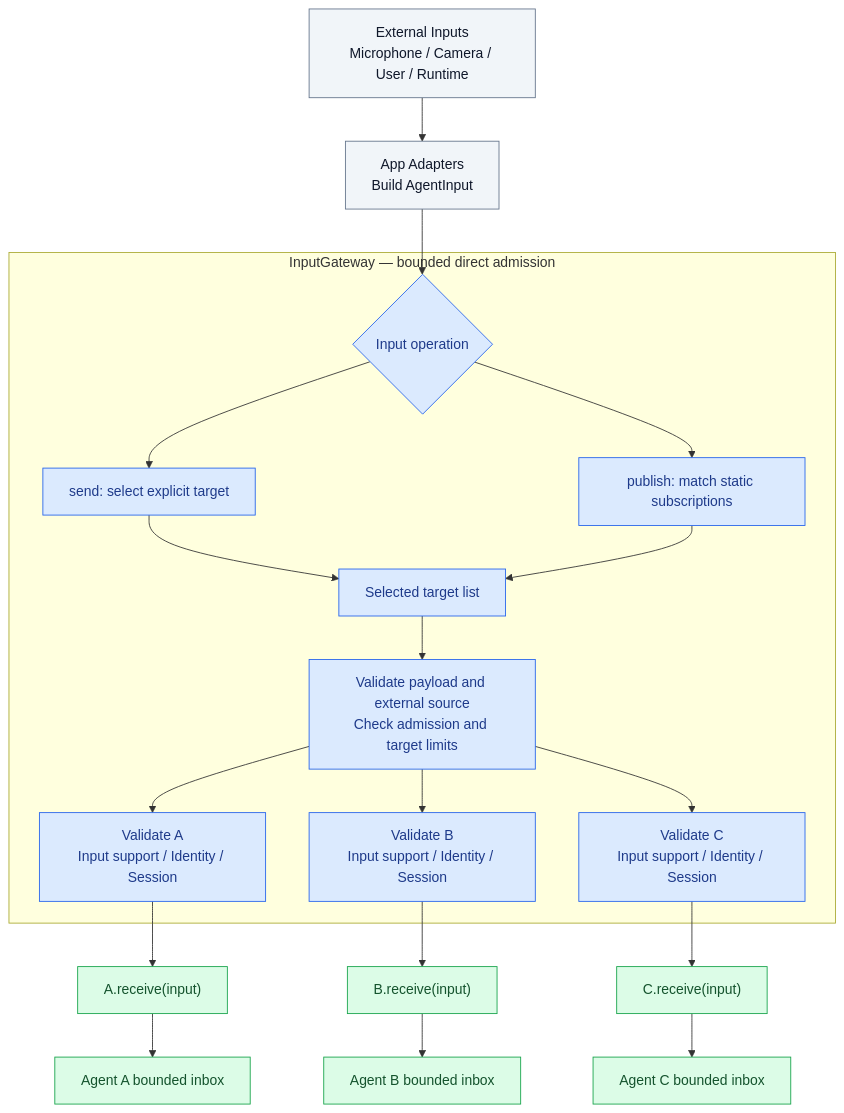
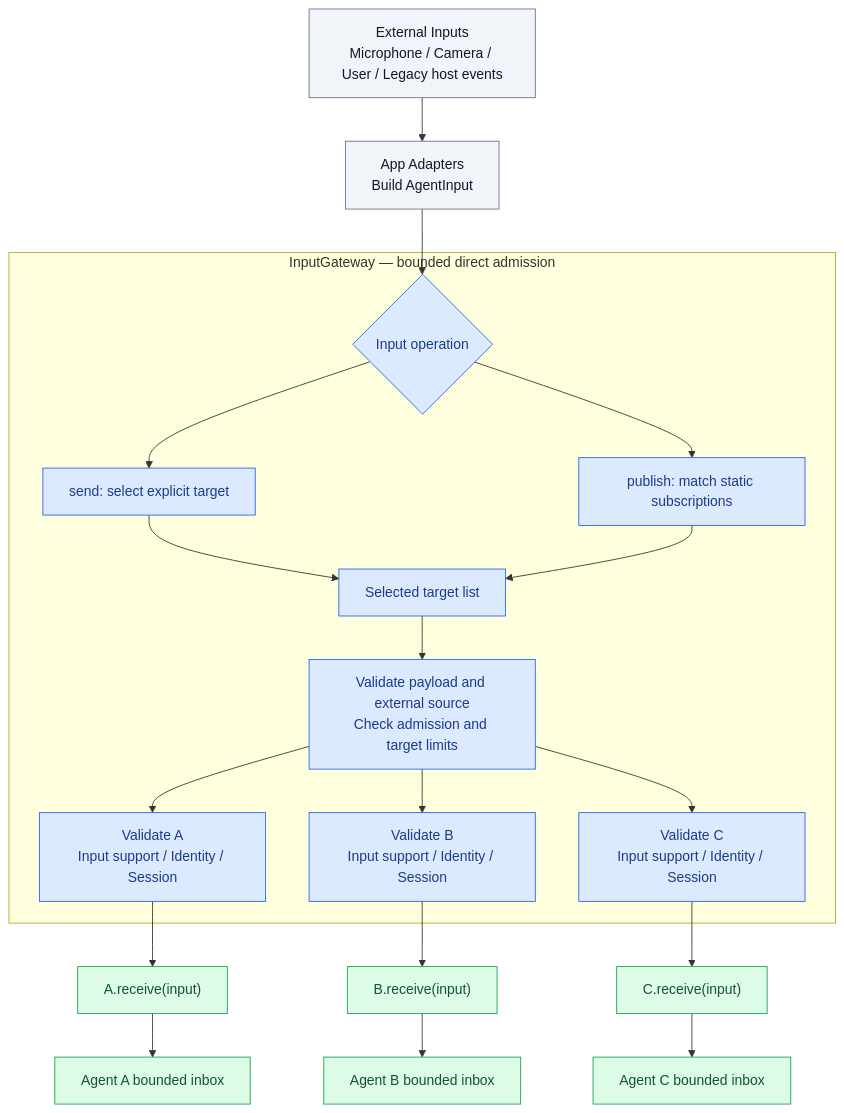
One commit to devilyouwei/MobileHarness changed the second of 3 diagrams in MobileHarness/Gateway/Input/README.md. Above: the diagram before and after it, drawn with Mermaid. The commit also changed other lines of this file and 61 other files, not shown here.

````diff
--- a/MobileHarness/Gateway/Input/README.md
+++ b/MobileHarness/Gateway/Input/README.md
@@ -27,37 +27,37 @@
 ```mermaid
 flowchart TB
-    External["External Inputs<br/>Microphone / Camera / User / Runtime"]
+    External["External Inputs<br/>Microphone / Camera / User / Legacy host events"]
     App["App Adapters<br/>Build AgentInput"]
     External --> App
 
     subgraph Gateway["InputGateway — bounded direct admission"]
         Route{"Input operation"}
         Send["send: select explicit target"]
         Publish["publish: match static subscriptions"]
         Targets["Selected target list"]
         Admit["Validate payload and external source<br/>Check admission and target limits"]
         Route --> Send
         Route --> Publish
         Send --> Targets
         Publish --> Targets
         Targets --> Admit
         Admit --> CheckA["Validate A<br/>Input support / Identity / Session"]
         Admit --> CheckB["Validate B<br/>Input support / Identity / Session"]
         Admit --> CheckC["Validate C<br/>Input support / Identity / Session"]
     end
 
     App --> Route
     CheckA --> ReceiveA["A.receive(input)"]
     CheckB --> ReceiveB["B.receive(input)"]
     CheckC --> ReceiveC["C.receive(input)"]
     ReceiveA --> InboxA["Agent A bounded inbox"]
     ReceiveB --> InboxB["Agent B bounded inbox"]
     ReceiveC --> InboxC["Agent C bounded inbox"]
 
     classDef external fill:#F1F5F9,stroke:#64748B,color:#0F172A
     classDef gateway fill:#DBEAFE,stroke:#2563EB,color:#1E3A8A
     classDef agent fill:#DCFCE7,stroke:#16A34A,color:#14532D
     class External,App external
     class Route,Send,Publish,Targets,Admit,CheckA,CheckB,CheckC gateway
     class ReceiveA,ReceiveB,ReceiveC,InboxA,InboxB,InboxC agent
 ```
````
